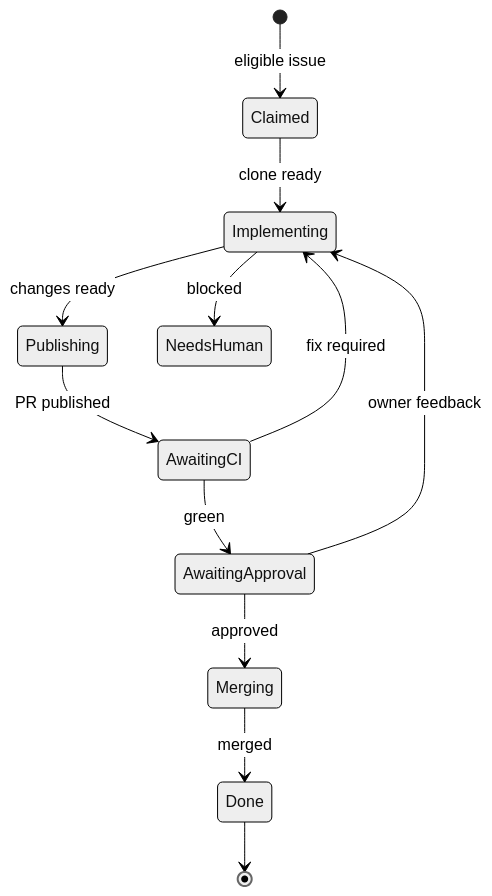
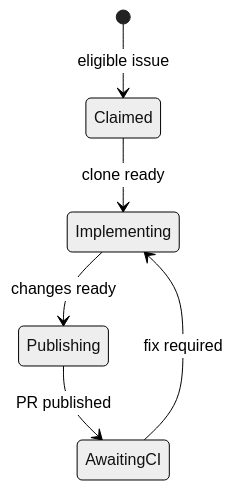
Before and after one commit to shepherdjerred/monorepo: the first of 2 diagrams in packages/docs/wiki/src/content/docs/explanation/linear-agent-queue.md, drawn with Mermaid (neutral theme). The commit also changed other lines of this file and 64 other files, not shown here.

````diff
--- a/packages/docs/wiki/src/content/docs/explanation/linear-agent-queue.md
+++ b/packages/docs/wiki/src/content/docs/explanation/linear-agent-queue.md
@@ -14,18 +13,12 @@
 ```mermaid
 stateDiagram-v2
-  accTitle: Linear agent task lifecycle
-  accDescr: A ready Linear issue is claimed, implemented in a bounded container, published by the host, repaired when CI or owner feedback requires changes, merged only after green CI and exact-head owner approval, or parked for human help after repeated failures.
+  accTitle: Linear agent implementation lifecycle
+  accDescr: An eligible Linear issue is claimed, implemented in a container, and published by the host. A failing delivery check starts a bounded repair turn.
   direction TB
 
   [*] --> Claimed: eligible issue
   Claimed --> Implementing: clone ready
   Implementing --> Publishing: changes ready
   Publishing --> AwaitingCI: PR published
   AwaitingCI --> Implementing: fix required
-  AwaitingCI --> AwaitingApproval: green
-  AwaitingApproval --> Implementing: owner feedback
-  AwaitingApproval --> Merging: approved
-  Merging --> Done: merged
-  Implementing --> NeedsHuman: blocked
-  Done --> [*]
 ```
````
